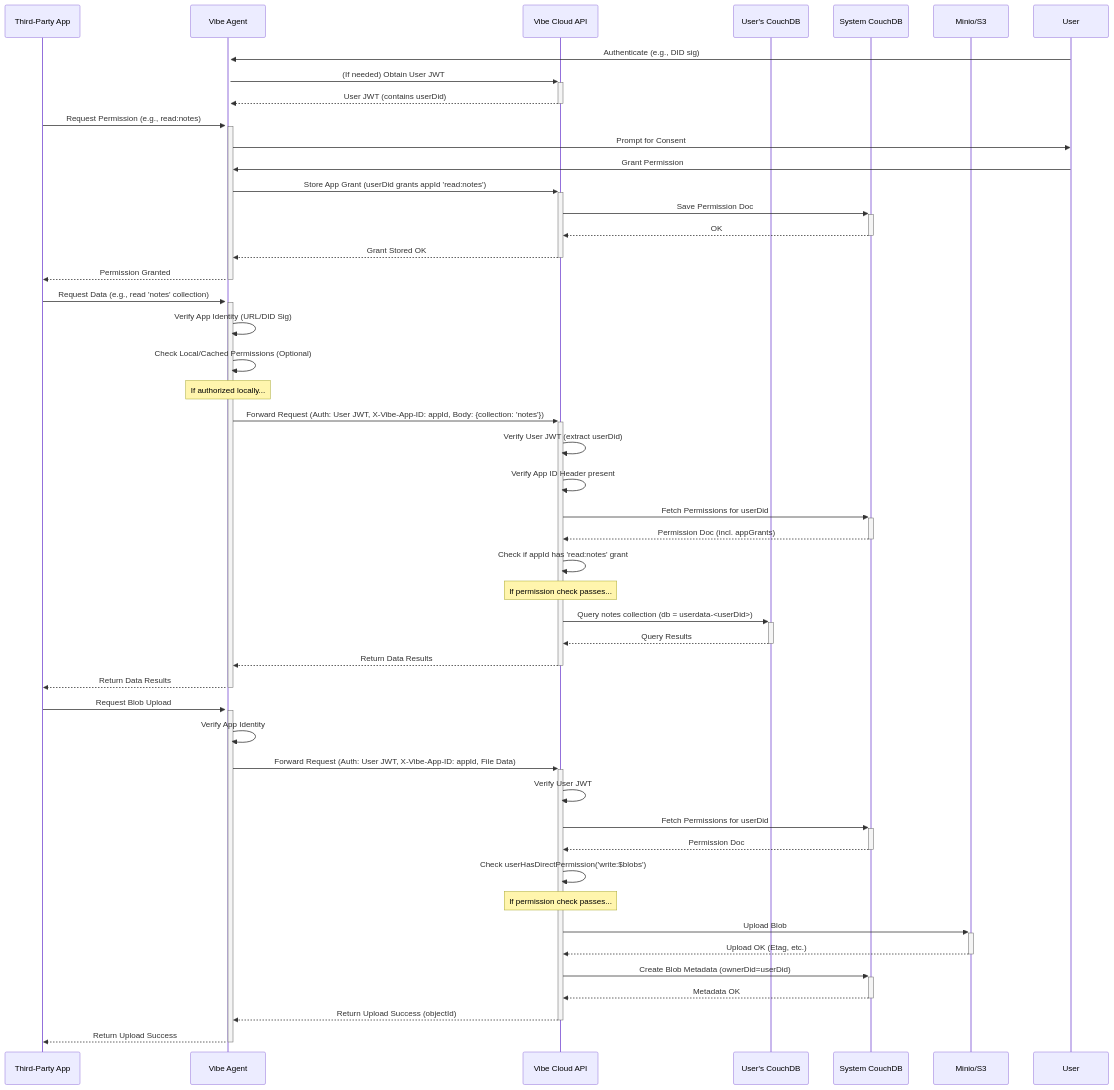
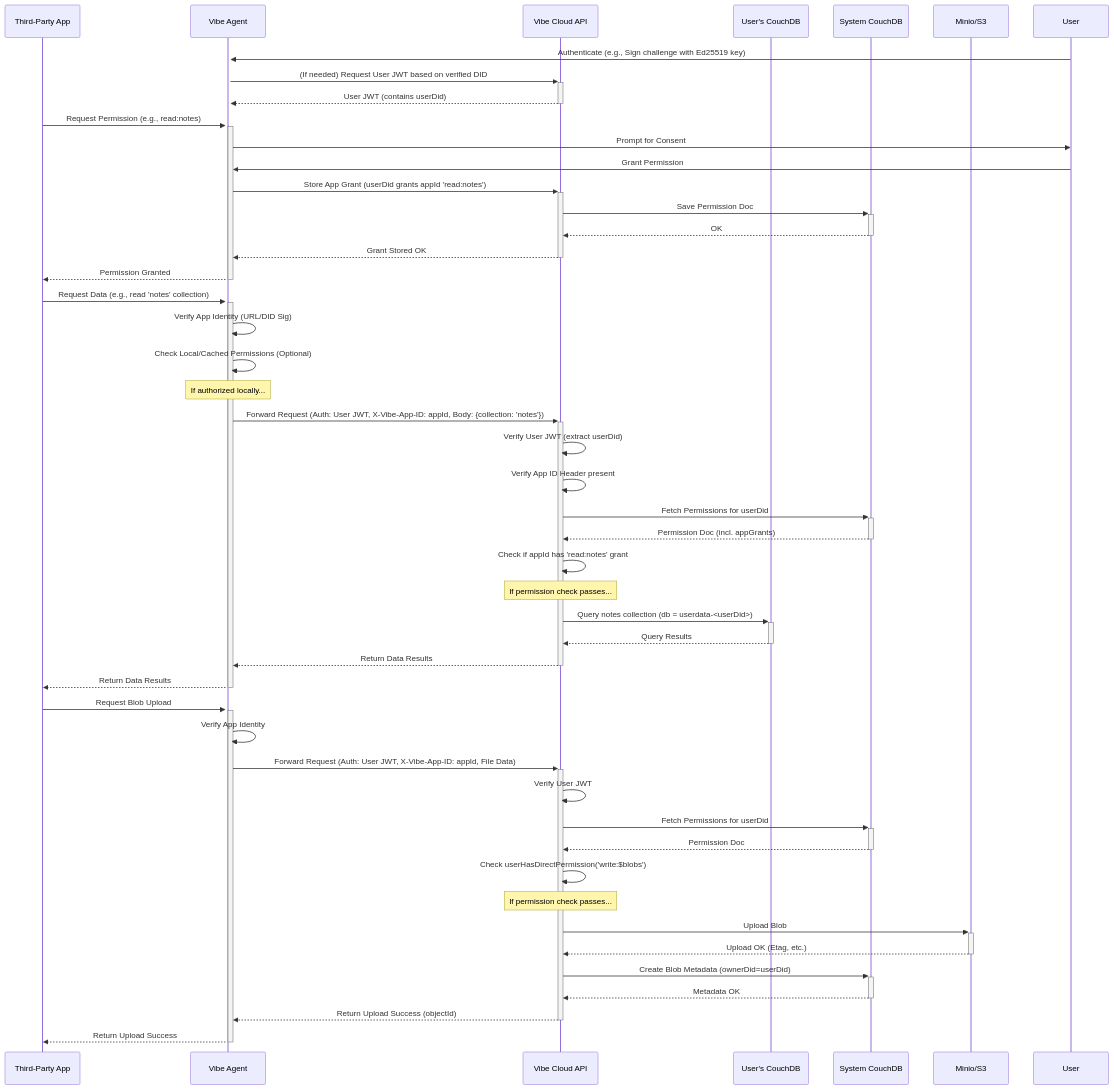
The diagram in vibe-cloud/README.md (Social-Systems-Lab/vibe), drawn with Mermaid before and after one commit. The commit also changed other lines of this file, not shown here.

````diff
--- a/vibe-cloud/README.md
+++ b/vibe-cloud/README.md
@@ -46,53 +51,53 @@
 ```mermaid
 sequenceDiagram
     participant App as Third-Party App
     participant Agent as Vibe Agent
     participant Cloud as Vibe Cloud API
     participant UserDB as User's CouchDB
     participant SystemDB as System CouchDB
     participant BlobStore as Minio/S3
 
-    User->>+Agent: Authenticate (e.g., DID sig)
-    Agent->>+Cloud: (If needed) Obtain User JWT
+    User->>+Agent: Authenticate (e.g., Sign challenge with Ed25519 key)
+    Agent->>+Cloud: (If needed) Request User JWT based on verified DID
     Cloud-->>-Agent: User JWT (contains userDid)
 
     App->>+Agent: Request Permission (e.g., read:notes)
     Agent->>User: Prompt for Consent
     User->>Agent: Grant Permission
     Agent->>+Cloud: Store App Grant (userDid grants appId 'read:notes')
     Cloud->>+SystemDB: Save Permission Doc
     SystemDB-->>-Cloud: OK
     Cloud-->>-Agent: Grant Stored OK
     Agent-->>-App: Permission Granted
 
     App->>+Agent: Request Data (e.g., read 'notes' collection)
     Agent->>Agent: Verify App Identity (URL/DID Sig)
     Agent->>Agent: Check Local/Cached Permissions (Optional)
     Note over Agent: If authorized locally...
     Agent->>+Cloud: Forward Request (Auth: User JWT, X-Vibe-App-ID: appId, Body: {collection: 'notes'})
     Cloud->>Cloud: Verify User JWT (extract userDid)
     Cloud->>Cloud: Verify App ID Header present
     Cloud->>+SystemDB: Fetch Permissions for userDid
     SystemDB-->>-Cloud: Permission Doc (incl. appGrants)
     Cloud->>Cloud: Check if appId has 'read:notes' grant
     Note over Cloud: If permission check passes...
     Cloud->>+UserDB: Query notes collection (db = userdata-<userDid>)
     UserDB-->>-Cloud: Query Results
     Cloud-->>-Agent: Return Data Results
     Agent-->>-App: Return Data Results
 
     App->>+Agent: Request Blob Upload
     Agent->>Agent: Verify App Identity
     Agent->>+Cloud: Forward Request (Auth: User JWT, X-Vibe-App-ID: appId, File Data)
     Cloud->>Cloud: Verify User JWT
     Cloud->>+SystemDB: Fetch Permissions for userDid
     SystemDB-->>-Cloud: Permission Doc
     Cloud->>Cloud: Check userHasDirectPermission('write:$blobs')
     Note over Cloud: If permission check passes...
     Cloud->>+BlobStore: Upload Blob
     BlobStore-->>-Cloud: Upload OK (Etag, etc.)
     Cloud->>+SystemDB: Create Blob Metadata (ownerDid=userDid)
     SystemDB-->>-Cloud: Metadata OK
     Cloud-->>-Agent: Return Upload Success (objectId)
     Agent-->>-App: Return Upload Success
 ```
````
